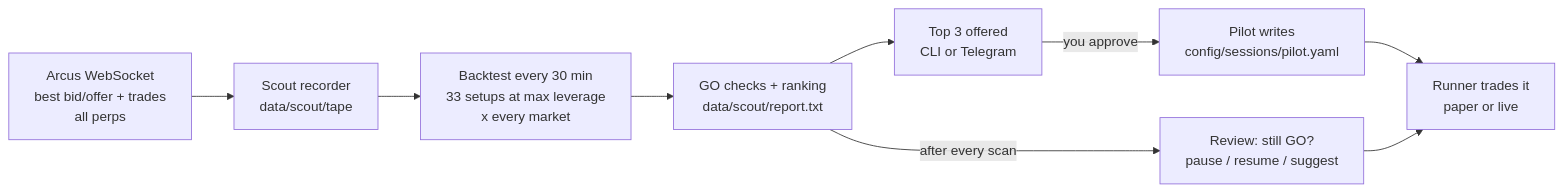
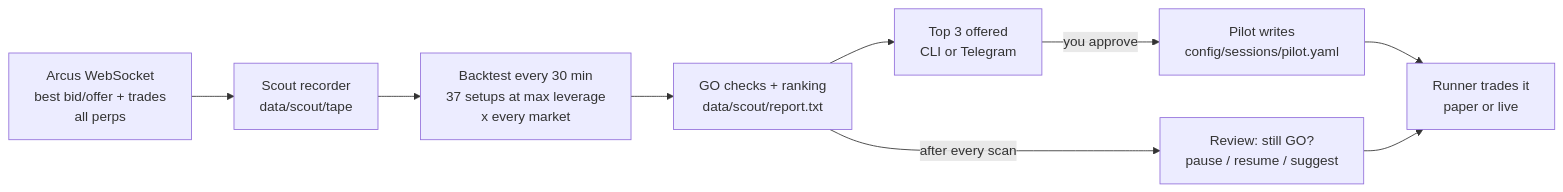
Before and after one commit to dhruvamity/treading-bot: the diagram in README.md, drawn with Mermaid. The commit also changed other lines of this file and 21 other files, not shown here.

````diff
--- a/README.md
+++ b/README.md
@@ -71,11 +72,11 @@
 ```mermaid
 flowchart LR
     A[Arcus WebSocket<br/>best bid/offer + trades<br/>all perps] --> B[Scout recorder<br/>data/scout/tape]
-    B --> C[Backtest every 30 min<br/>33 setups at max leverage<br/>x every market]
+    B --> C[Backtest every 30 min<br/>37 setups at max leverage<br/>x every market]
     C --> D[GO checks + ranking<br/>data/scout/report.txt]
     D --> E[Top 3 offered<br/>CLI or Telegram]
     E -->|you approve| F[Pilot writes<br/>config/sessions/pilot.yaml]
     F --> G[Runner trades it<br/>paper or live]
     D -->|after every scan| H[Review: still GO?<br/>pause / resume / suggest]
     H --> G
 ```
````
